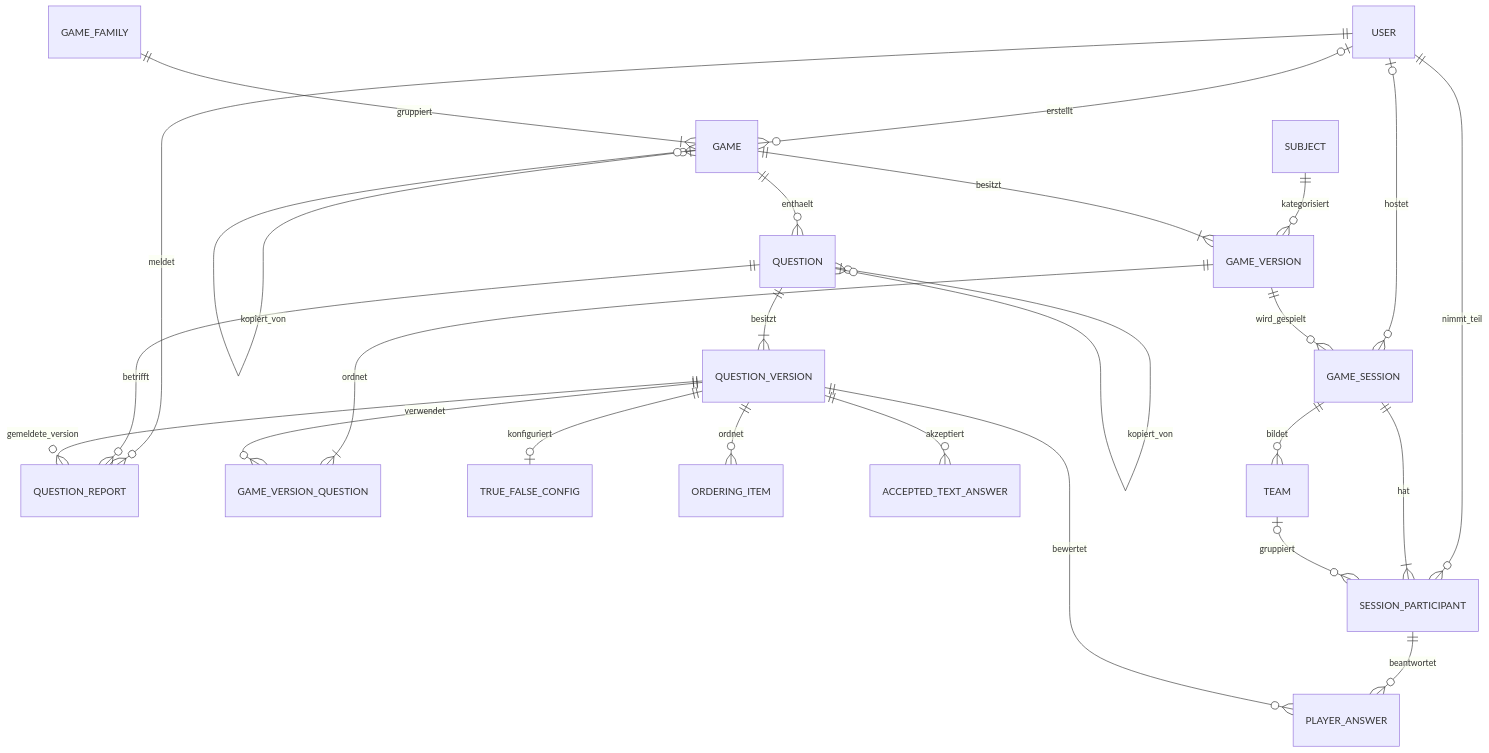
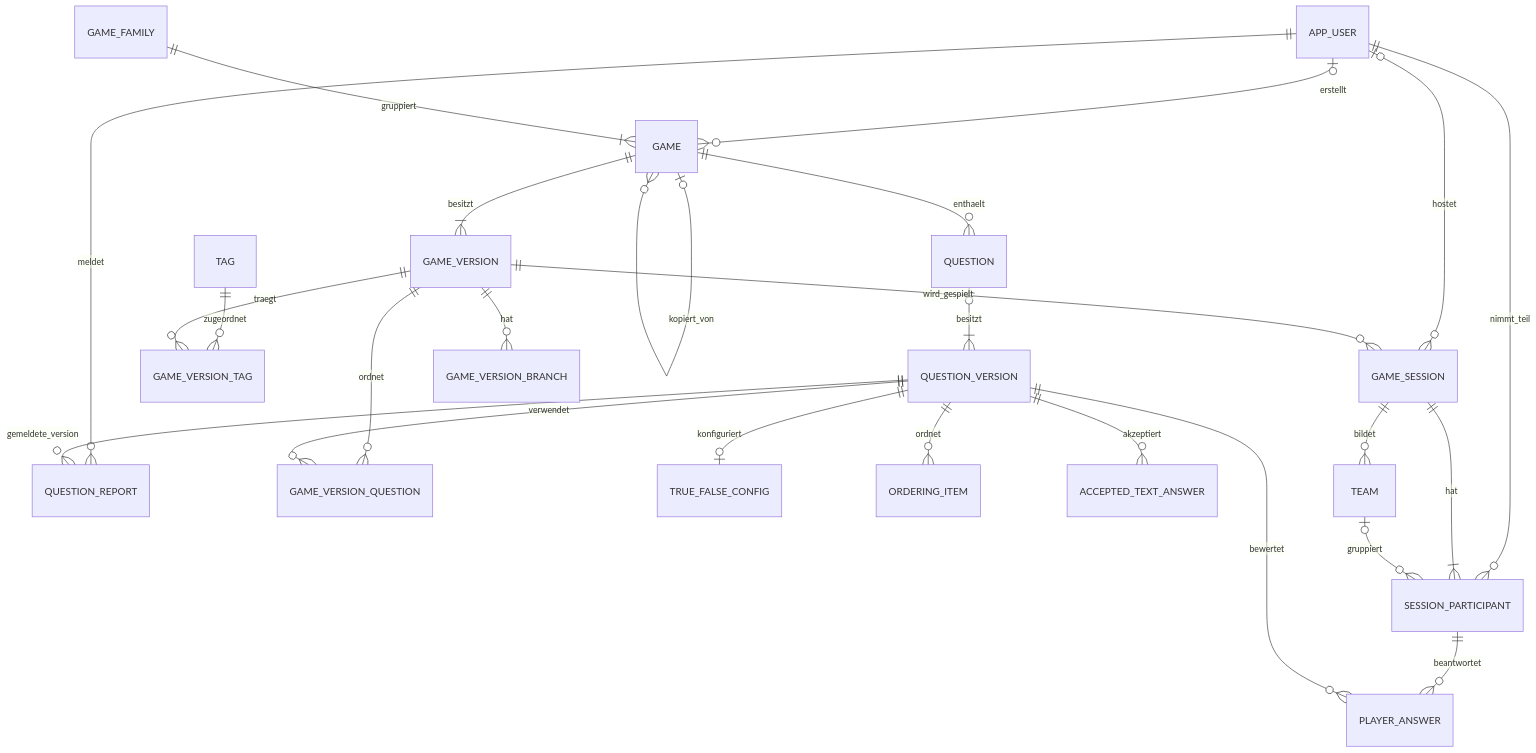
Before and after one commit to DavidBerghahn/diplomarbeit-gamebased-learning: the diagram in docs/datenmodell-v1.md, drawn with Mermaid. The commit also changed other lines of this file and 47 other files, not shown here.

````diff
--- a/docs/datenmodell-v1.md
+++ b/docs/datenmodell-v1.md
@@ -115,27 +122,27 @@
 ```mermaid
 erDiagram
-    USER |o--o{ GAME : erstellt
-    USER |o--o{ GAME_SESSION : hostet
-    USER ||--o{ SESSION_PARTICIPANT : nimmt_teil
-    USER ||--o{ QUESTION_REPORT : meldet
-    SUBJECT ||--o{ GAME_VERSION : kategorisiert
+    APP_USER |o--o{ GAME : erstellt
+    APP_USER |o--o{ GAME_SESSION : hostet
+    APP_USER ||--o{ SESSION_PARTICIPANT : nimmt_teil
+    APP_USER ||--o{ QUESTION_REPORT : meldet
+    TAG ||--o{ GAME_VERSION_TAG : zugeordnet
+    GAME_VERSION ||--o{ GAME_VERSION_TAG : traegt
     GAME_FAMILY ||--|{ GAME : gruppiert
     GAME o|--o{ GAME : kopiert_von
     GAME ||--|{ GAME_VERSION : besitzt
     GAME ||--o{ QUESTION : enthaelt
-    QUESTION o|--o{ QUESTION : kopiert_von
-    QUESTION ||--|{ QUESTION_VERSION : besitzt
-    GAME_VERSION ||--|{ GAME_VERSION_QUESTION : ordnet
+    QUESTION o|--|{ QUESTION_VERSION : besitzt
+    GAME_VERSION ||--o{ GAME_VERSION_QUESTION : ordnet
+    GAME_VERSION ||--o{ GAME_VERSION_BRANCH : hat
     QUESTION_VERSION ||--o{ GAME_VERSION_QUESTION : verwendet
     QUESTION_VERSION ||--o| TRUE_FALSE_CONFIG : konfiguriert
     QUESTION_VERSION ||--o{ ORDERING_ITEM : ordnet
     QUESTION_VERSION ||--o{ ACCEPTED_TEXT_ANSWER : akzeptiert
     GAME_VERSION ||--o{ GAME_SESSION : wird_gespielt
     GAME_SESSION ||--o{ TEAM : bildet
     GAME_SESSION ||--|{ SESSION_PARTICIPANT : hat
     TEAM o|--o{ SESSION_PARTICIPANT : gruppiert
     SESSION_PARTICIPANT ||--o{ PLAYER_ANSWER : beantwortet
     QUESTION_VERSION ||--o{ PLAYER_ANSWER : bewertet
-    QUESTION ||--o{ QUESTION_REPORT : betrifft
     QUESTION_VERSION ||--o{ QUESTION_REPORT : gemeldete_version
 ```
````
